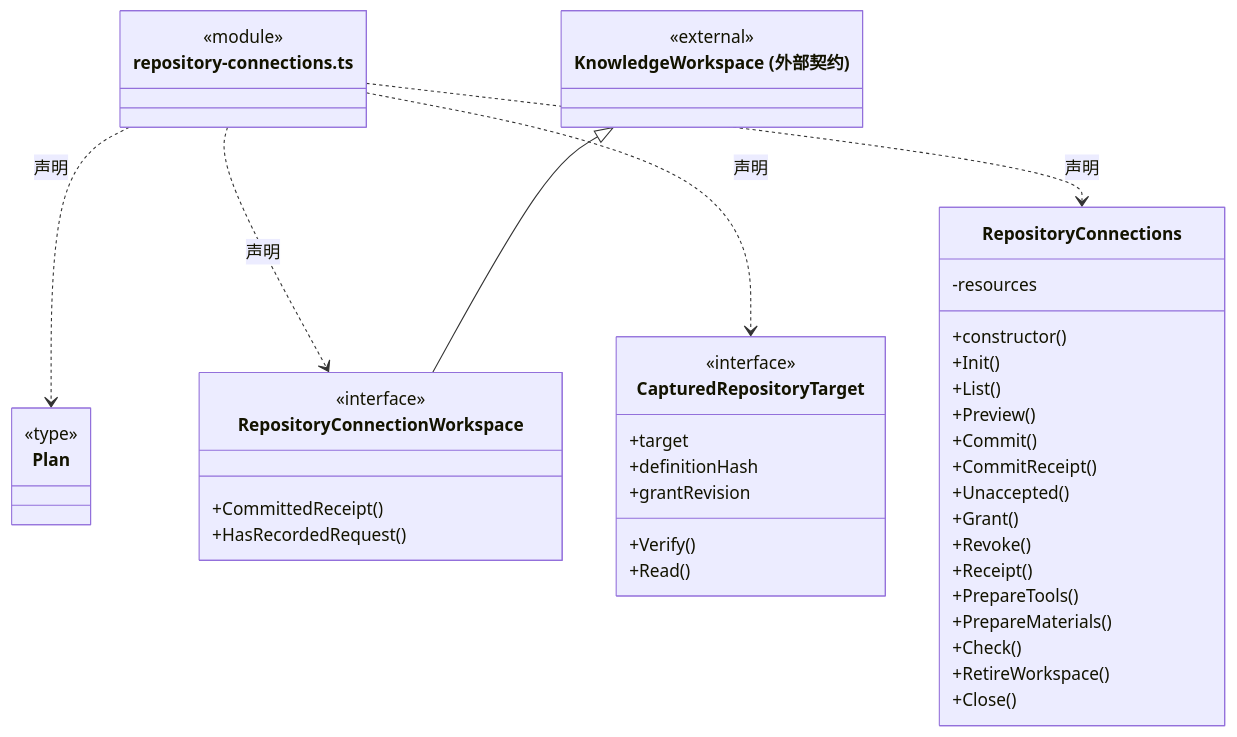
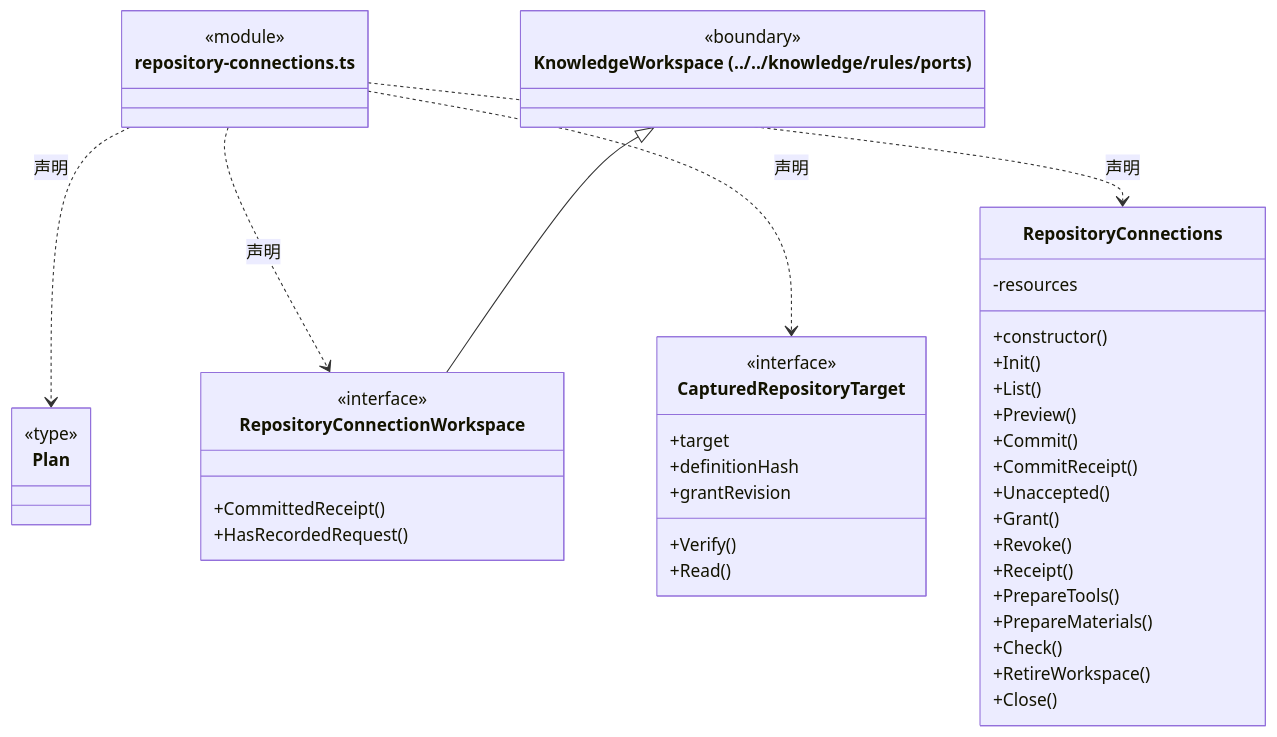
Before and after one commit to nan023062/cbim: the second of 5 diagrams in src/logic/connectors/service/ARCHITECTURE.md, drawn with Mermaid. The commit also changed other lines of this file and 112 other files, not shown here.

Commit message:
docs: align source architecture with current declarations and contracts

````diff
--- a/src/logic/connectors/service/ARCHITECTURE.md
+++ b/src/logic/connectors/service/ARCHITECTURE.md
@@ -109,49 +109,49 @@
 ```mermaid
 classDiagram
 class N_src_logic_connectors_service_repository_connections_ts["repository-connections.ts"] {
   <<module>>
 }
 class N_src_logic_connectors_service_repository_connections_ts_Plan["Plan"] {
   <<type>>
 
 }
 N_src_logic_connectors_service_repository_connections_ts ..> N_src_logic_connectors_service_repository_connections_ts_Plan : 声明
 class N_src_logic_connectors_service_repository_connections_ts_RepositoryConnectionWorkspace["RepositoryConnectionWorkspace"] {
   <<interface>>
   +CommittedReceipt()
   +HasRecordedRequest()
 }
 N_src_logic_connectors_service_repository_connections_ts ..> N_src_logic_connectors_service_repository_connections_ts_RepositoryConnectionWorkspace : 声明
-class N_src_logic_connectors_service_repository_connections_ts_external_KnowledgeWorkspace["KnowledgeWorkspace (外部契约)"] {
-  <<external>>
+class N_src_logic_connectors_service_repository_connections_ts_external_KnowledgeWorkspace["KnowledgeWorkspace (../../knowledge/rules/ports)"] {
+  <<boundary>>
 }
 N_src_logic_connectors_service_repository_connections_ts_external_KnowledgeWorkspace <|-- N_src_logic_connectors_service_repository_connections_ts_RepositoryConnectionWorkspace
 class N_src_logic_connectors_service_repository_connections_ts_CapturedRepositoryTarget["CapturedRepositoryTarget"] {
   <<interface>>
   +target
   +definitionHash
   +grantRevision
   +Verify()
   +Read()
 }
 N_src_logic_connectors_service_repository_connections_ts ..> N_src_logic_connectors_service_repository_connections_ts_CapturedRepositoryTarget : 声明
 class N_src_logic_connectors_service_repository_connections_ts_RepositoryConnections["RepositoryConnections"] {
   +constructor()
   +Init()
   +List()
   +Preview()
   +Commit()
   +CommitReceipt()
   +Unaccepted()
   +Grant()
   +Revoke()
   +Receipt()
   +PrepareTools()
   +PrepareMaterials()
   +Check()
   +RetireWorkspace()
   +Close()
   -resources
 }
 N_src_logic_connectors_service_repository_connections_ts ..> N_src_logic_connectors_service_repository_connections_ts_RepositoryConnections : 声明
 ```
````
